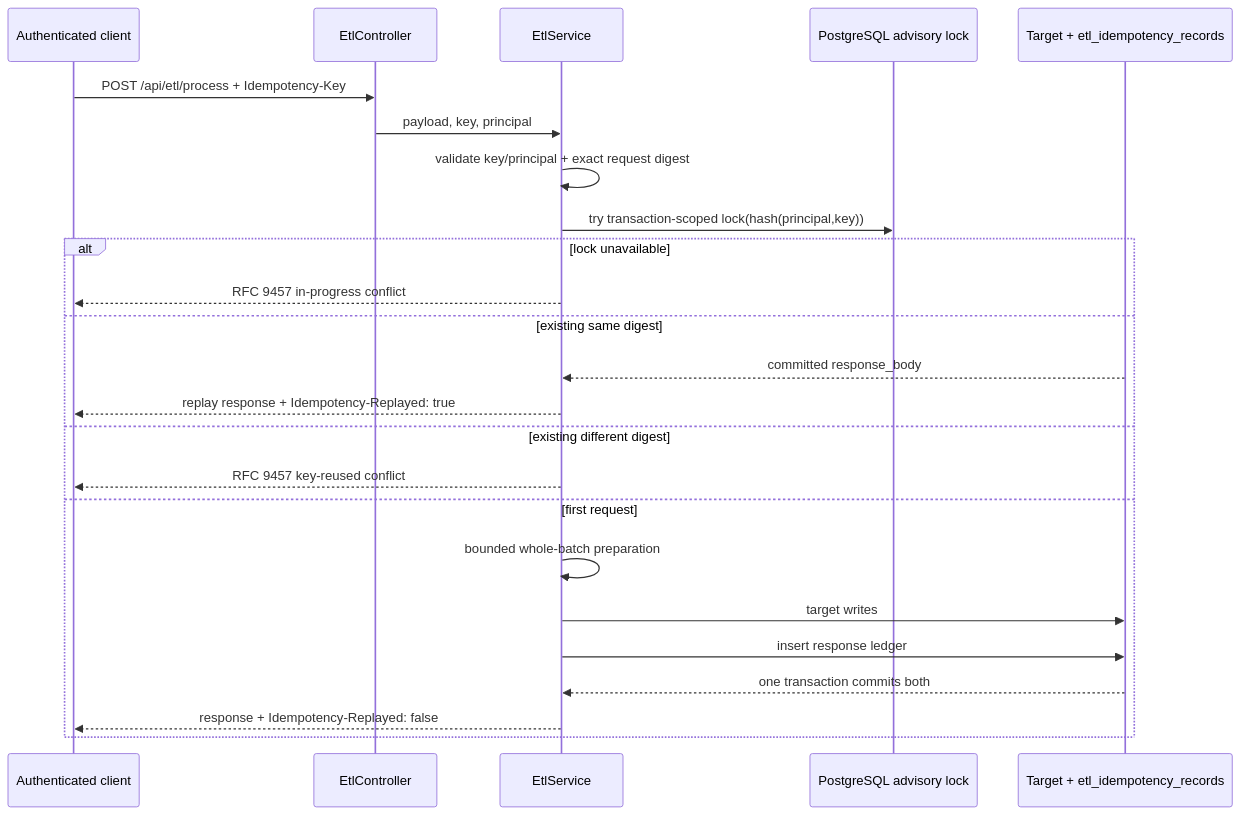
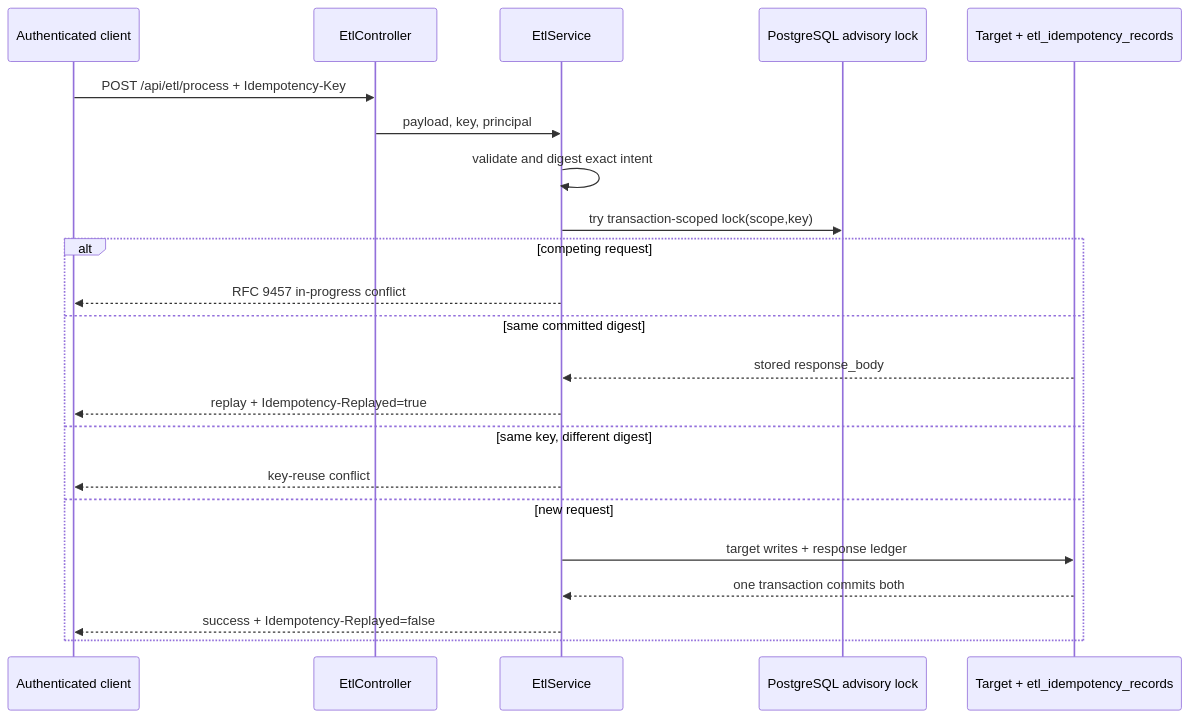
The third of 9 diagrams in ARCHITECTURE.md (ContextualWisdomLab/mightyETL), drawn with Mermaid before and after one commit. The commit also changed other lines of this file, not shown here.

Commit message:
docs: add cross-cutting architecture authorities

````diff
--- a/ARCHITECTURE.md
+++ b/ARCHITECTURE.md
@@ -79,27 +80,25 @@
 ```mermaid
 sequenceDiagram
     participant C as Authenticated client
     participant EC as EtlController
     participant ES as EtlService
     participant L as PostgreSQL advisory lock
     participant DB as Target + etl_idempotency_records
 
     C->>EC: POST /api/etl/process + Idempotency-Key
     EC->>ES: payload, key, principal
-    ES->>ES: validate key/principal + exact request digest
-    ES->>L: try transaction-scoped lock(hash(principal,key))
-    alt lock unavailable
+    ES->>ES: validate and digest exact intent
+    ES->>L: try transaction-scoped lock(scope,key)
+    alt competing request
         ES-->>C: RFC 9457 in-progress conflict
-    else existing same digest
-        DB-->>ES: committed response_body
-        ES-->>C: replay response + Idempotency-Replayed: true
-    else existing different digest
-        ES-->>C: RFC 9457 key-reused conflict
-    else first request
-        ES->>ES: bounded whole-batch preparation
-        ES->>DB: target writes
-        ES->>DB: insert response ledger
+    else same committed digest
+        DB-->>ES: stored response_body
+        ES-->>C: replay + Idempotency-Replayed=true
+    else same key, different digest
+        ES-->>C: key-reuse conflict
+    else new request
+        ES->>DB: target writes + response ledger
         DB-->>ES: one transaction commits both
-        ES-->>C: response + Idempotency-Replayed: false
+        ES-->>C: success + Idempotency-Replayed=false
     end
 ```
````
